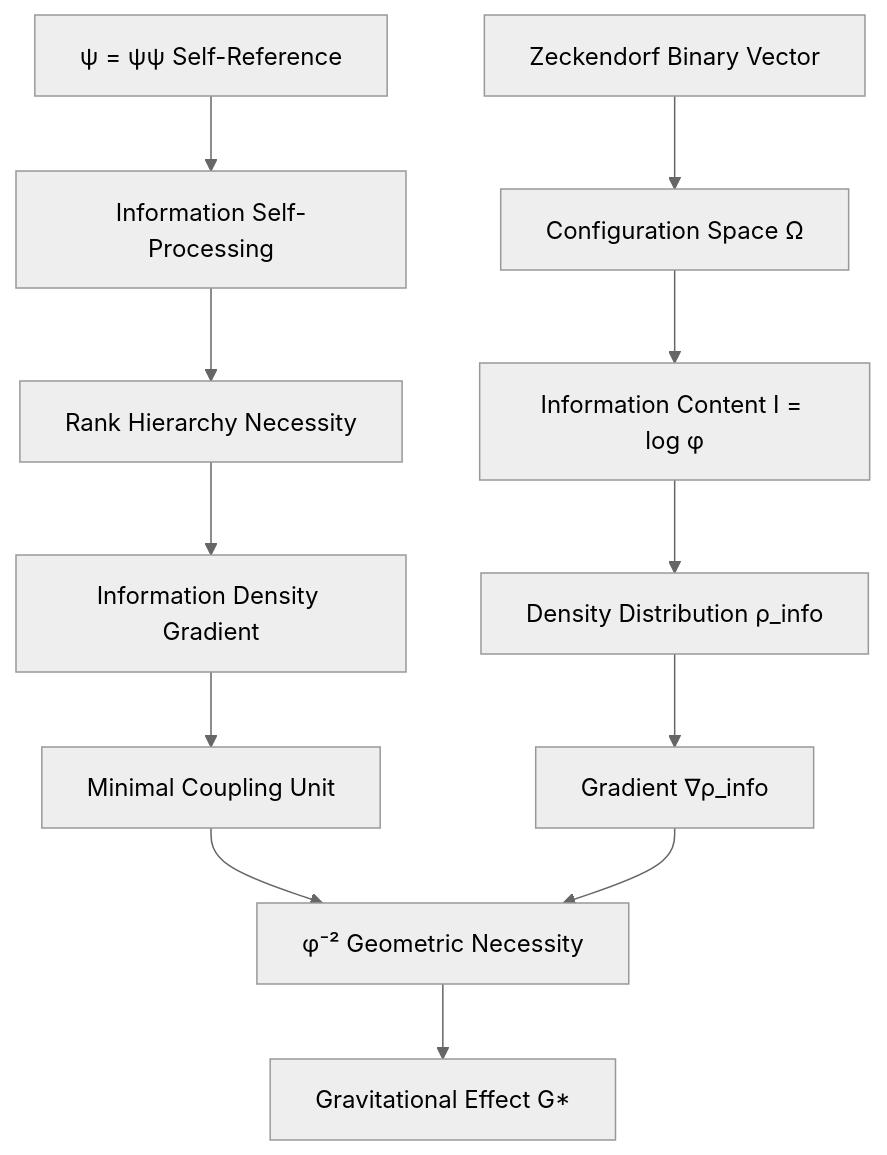
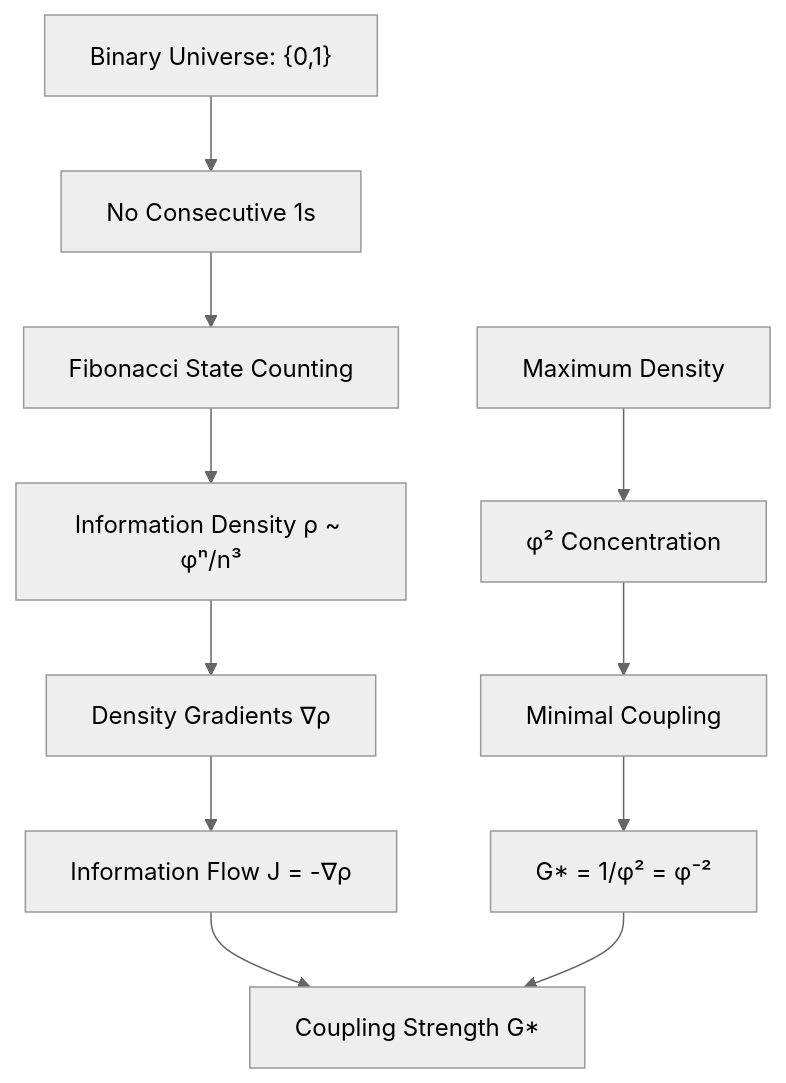
Before and after one commit to loning/the-phys: the diagram in docs/psi-constants/part-01-structural-collapse-limits/chapter-004-newton-constant-entropy-gradient.md, drawn with Mermaid (neutral theme). The commit also changed other lines of this file and 3 other files, not shown here.

````diff
--- a/docs/psi-constants/part-01-structural-collapse-limits/chapter-004-newton-constant-entropy-gradient.md
+++ b/docs/psi-constants/part-01-structural-collapse-limits/chapter-004-newton-constant-entropy-gradient.md
@@ -48,15 +59,14 @@
 ```mermaid
 graph TD
-    A[ψ = ψψ Self-Reference] --> B[Information Self-Processing]
-    B --> C[Rank Hierarchy Necessity]
-    C --> D[Information Density Gradient]
-    D --> E[Minimal Coupling Unit]
-    E --> F[φ⁻² Geometric Necessity]
-    F --> G[Gravitational Effect G*]
+    A["Binary Universe: {0,1}"] --> B[No Consecutive 1s]
+    B --> C[Fibonacci State Counting]
+    C --> D[Information Density ρ ~ φⁿ/n³]
+    D --> E[Density Gradients ∇ρ]
+    E --> F[Information Flow J = -∇ρ]
+    F --> G[Coupling Strength G*]
     
-    H[Zeckendorf Binary Vector] --> I[Configuration Space Ω]
-    I --> J[Information Content I = log φ]
-    J --> K[Density Distribution ρ_info]
-    K --> L[Gradient ∇ρ_info]
-    L --> F
+    H[Maximum Density] --> I[φ² Concentration]
+    I --> J[Minimal Coupling]
+    J --> K[G* = 1/φ² = φ⁻²]
+    K --> G
 ```
````
